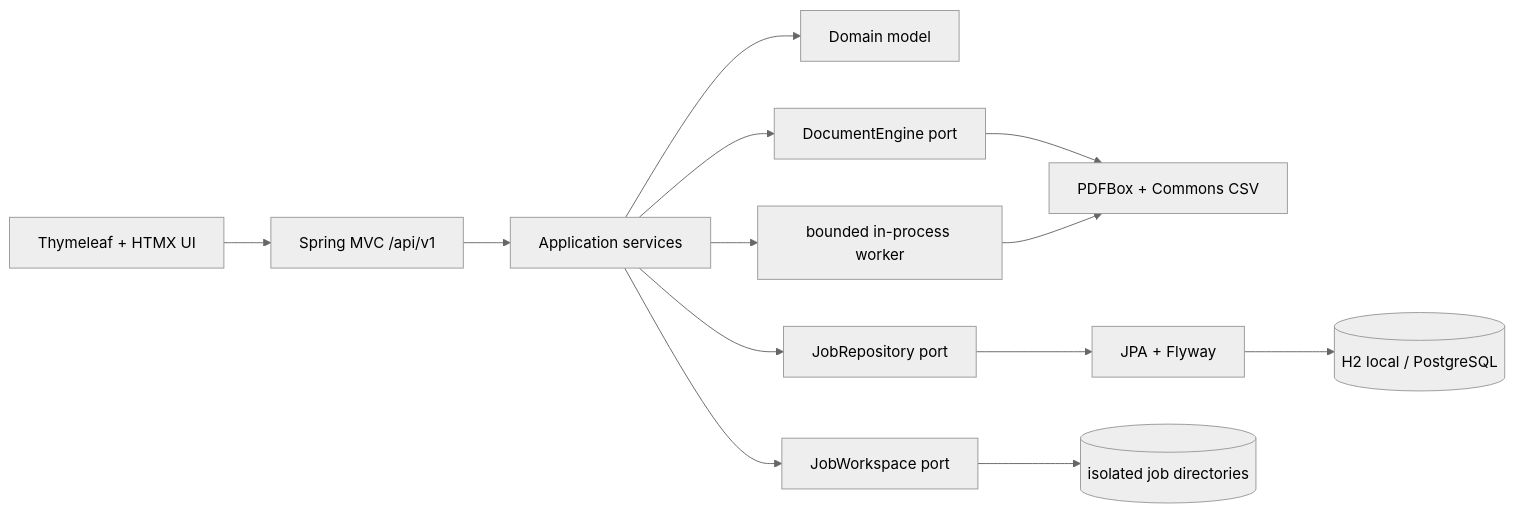
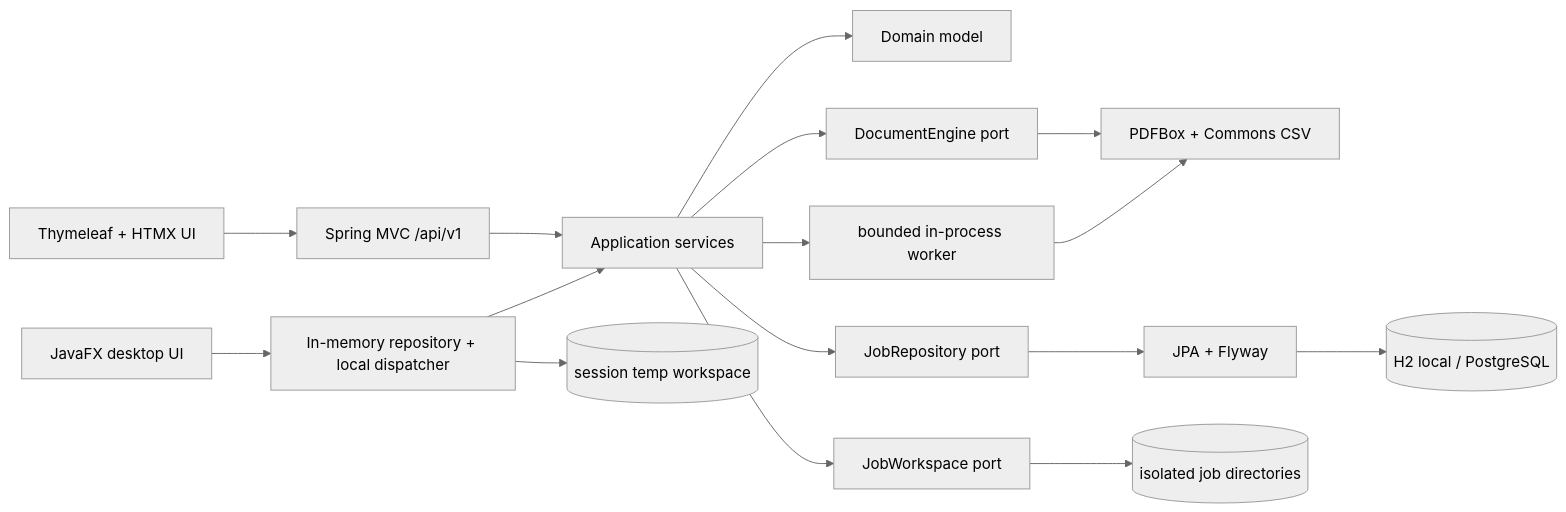
One commit to wasiliy-strecker/pdf-batch-studio changed the first of 2 diagrams in ARCHITECTURE.md. Above: the diagram before and after it, drawn with Mermaid (neutral theme). The commit also changed other lines of this file and 41 other files, not shown here.

First line of the commit message:
Add offline JavaFX desktop application

````diff
--- a/ARCHITECTURE.md
+++ b/ARCHITECTURE.md
@@ -7,15 +9,18 @@
 ```mermaid
 flowchart LR
     Browser[Thymeleaf + HTMX UI] --> API[Spring MVC /api/v1]
+    Desktop[JavaFX desktop UI] --> DesktopAdapter[In-memory repository + local dispatcher]
     API --> App[Application services]
+    DesktopAdapter --> App
     App --> Domain[Domain model]
     App --> DocPort[DocumentEngine port]
     App --> RepoPort[JobRepository port]
     App --> StorePort[JobWorkspace port]
     DocPort --> PDF[PDFBox + Commons CSV]
     RepoPort --> JPA[JPA + Flyway]
     JPA --> DB[(H2 local / PostgreSQL)]
     StorePort --> Files[(isolated job directories)]
     App --> Queue[bounded in-process worker]
     Queue --> PDF
+    DesktopAdapter --> Temp[(session temp workspace)]
 ```
````
